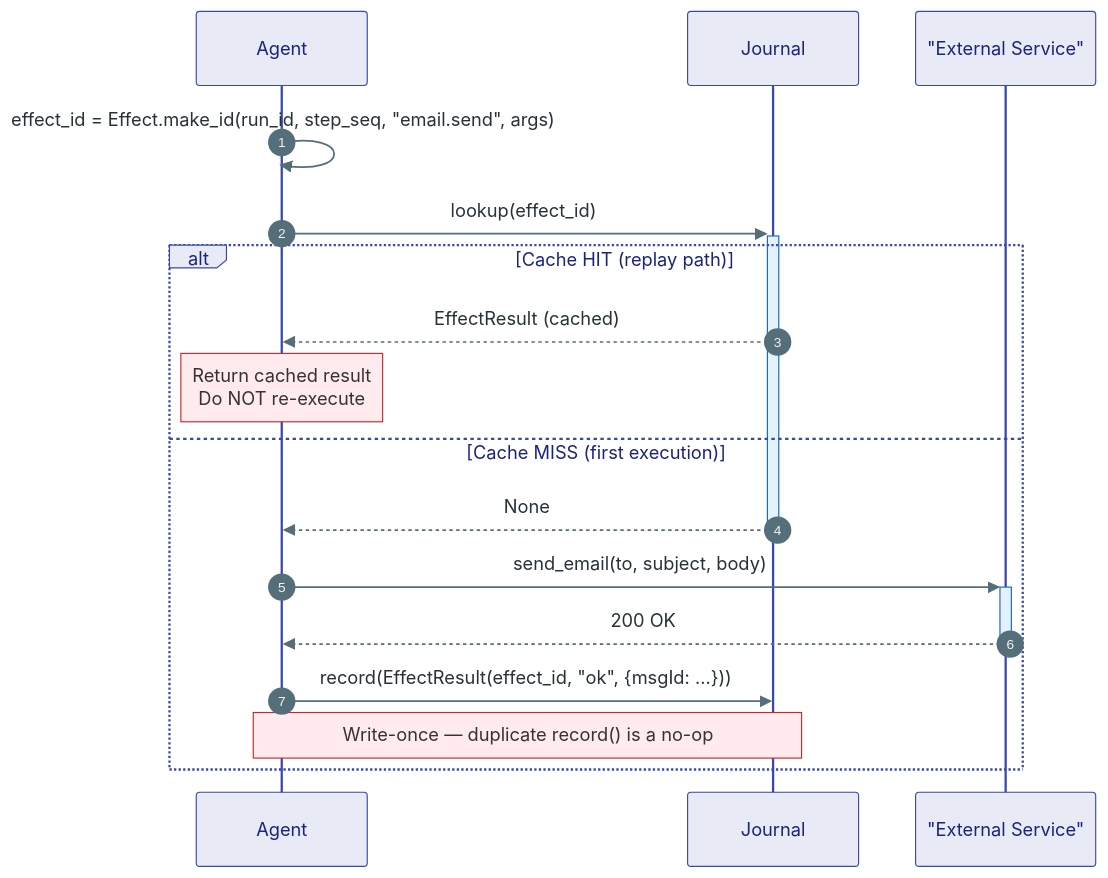
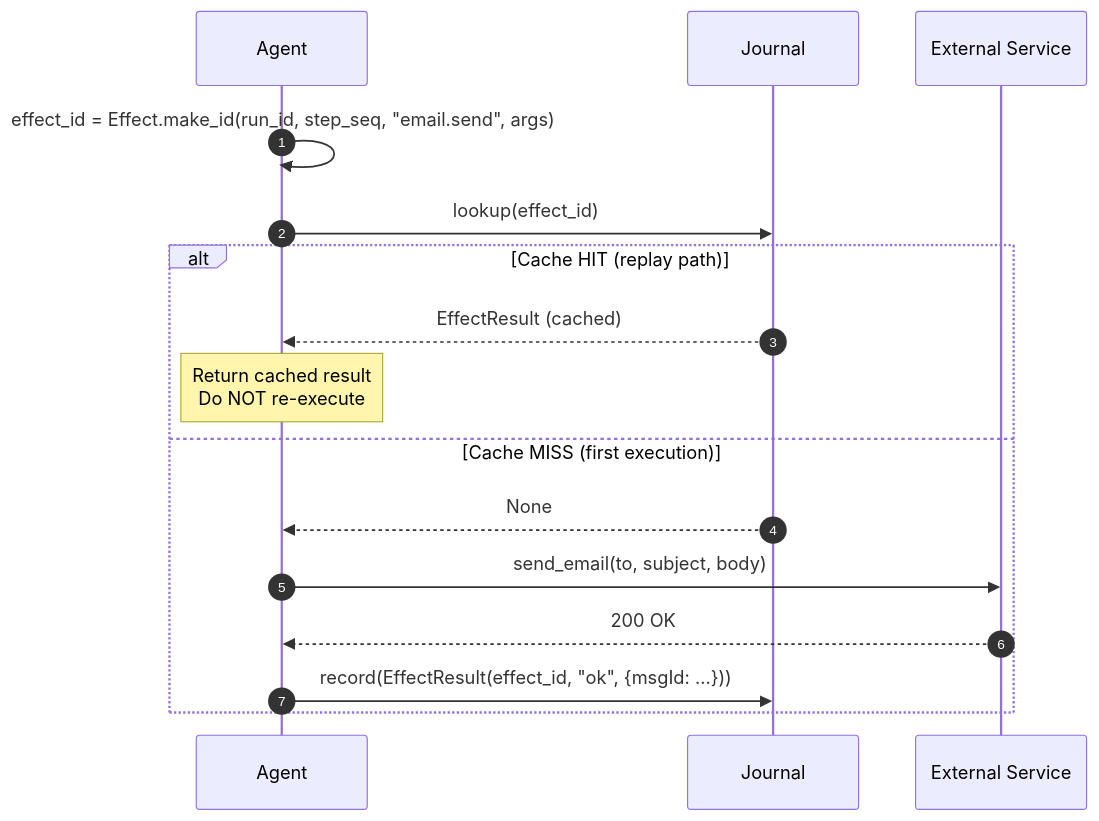
One commit to Ravikumarchavva/agent-substrate changed the second of 5 diagrams in agents/agent-substrate/docs/kernel/07-runtime.md. Above: the diagram before and after it, drawn with Mermaid. The commit also changed other lines of this file and 11 other files, not shown here.

Commit message:
docs: refactor architecture documentation and update diagrams across the kernel module.

````diff
--- a/agents/agent-substrate/docs/kernel/07-runtime.md
+++ b/agents/agent-substrate/docs/kernel/07-runtime.md
@@ -116,23 +70,20 @@
 ```mermaid
-%%{init: {'theme': 'base', 'themeVariables': {'actorBkg': '#E8EAF6','actorBorder': '#3949AB','actorTextColor': '#1A237E','activationBkgColor': '#E3F2FD','activationBorderColor': '#1565C0','noteBkgColor': '#FFEBEE','noteBorderColor': '#C62828','signalColor': '#546E7A','signalTextColor': '#263238','fontSize': '13px'}}}%%
 sequenceDiagram
     autonumber
     participant Agent
     participant Journal
-    participant External as "External Service"
+    participant External as External Service
 
     Agent->>Agent: effect_id = Effect.make_id(run_id, step_seq, "email.send", args)
-    Agent->>+Journal: lookup(effect_id)
+    Agent->>Journal: lookup(effect_id)
 
     alt Cache HIT (replay path)
         Journal-->>Agent: EffectResult (cached)
         Note over Agent: Return cached result<br/>Do NOT re-execute
     else Cache MISS (first execution)
-        Journal-->>-Agent: None
-        Agent->>+External: send_email(to, subject, body)
-        External-->>-Agent: 200 OK
-
+        Journal-->>Agent: None
+        Agent->>External: send_email(to, subject, body)
+        External-->>Agent: 200 OK
         Agent->>Journal: record(EffectResult(effect_id, "ok", {msgId: ...}))
-        Note over Agent,Journal: Write-once — duplicate record() is a no-op
     end
 ```
````
